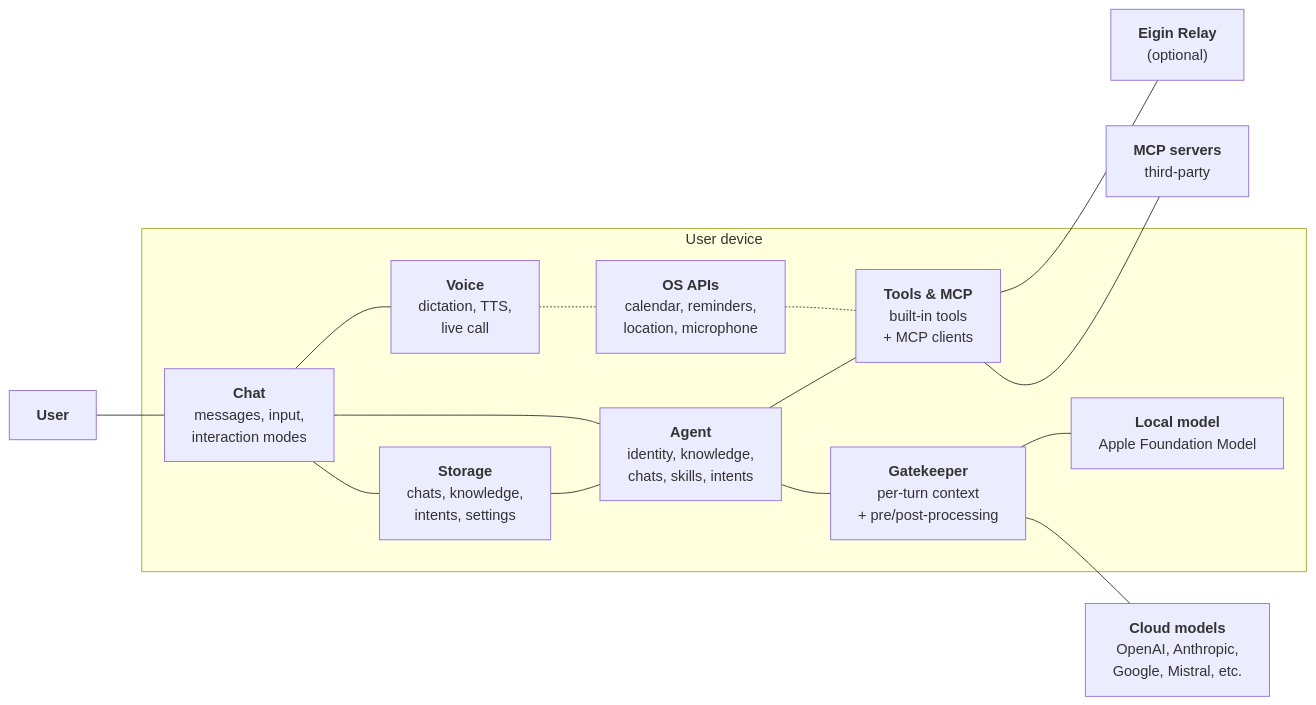
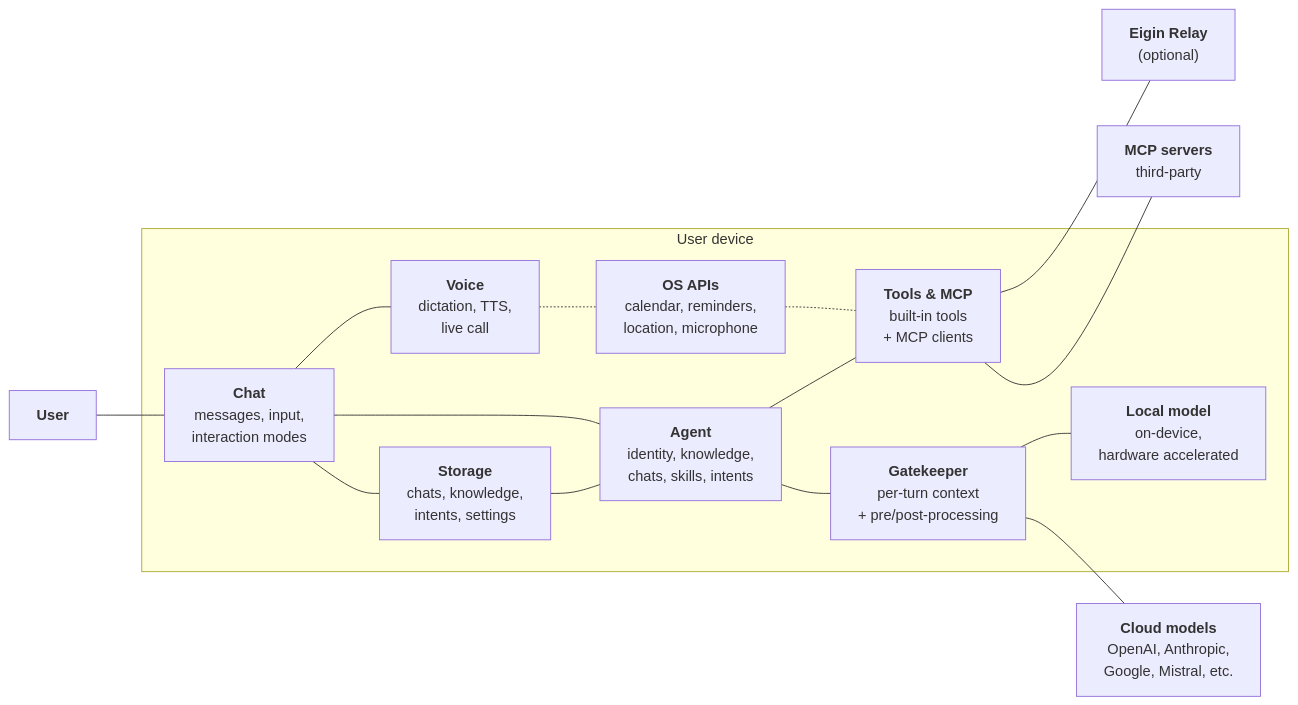
One commit to Eigin-AI/Eigin changed the diagram in docs/src/system-context.md. Above: the diagram before and after it, drawn with Mermaid. The commit also changed other lines of this file and 36 other files, not shown here.

````diff
--- a/docs/src/system-context.md
+++ b/docs/src/system-context.md
@@ -13,35 +7,35 @@
 ```mermaid
 flowchart LR
     User["<b>User</b>"]
 
     subgraph Device["User device"]
         Chat["<b>Chat</b><br/>messages, input,<br/>interaction modes"]
         Agent["<b>Agent</b><br/>identity, knowledge,<br/>chats, skills, intents"]
         Gatekeeper["<b>Gatekeeper</b><br/>per-turn context<br/>+ pre/post-processing"]
         Storage["<b>Storage</b><br/>chats, knowledge,<br/>intents, settings"]
         Voice["<b>Voice</b><br/>dictation, TTS,<br/>live call"]
         OS["<b>OS APIs</b><br/>calendar, reminders,<br/>location, microphone"]
         ToolsMCP["<b>Tools & MCP</b><br/>built-in tools<br/>+ MCP clients"]
-        LocalModel["<b>Local model</b><br/>Apple Foundation Model"]
+        LocalModel["<b>Local model</b><br/>on-device,<br/>hardware accelerated"]
     end
 
     CloudModel["<b>Cloud models</b><br/>OpenAI, Anthropic,<br/>Google, Mistral, etc."]
     Relay["<b>Eigin Relay</b><br/>(optional)"]
     MCPServers["<b>MCP servers</b><br/>third-party"]
 
     User --- Chat
     Chat --- Voice
     Chat --- Agent
     Chat --- Storage
     Voice -.- OS -.- ToolsMCP
     Storage --- Agent
     Agent --- ToolsMCP
     Agent --- Gatekeeper
     Gatekeeper --- LocalModel
     Gatekeeper --- CloudModel
     ToolsMCP --- Relay
     ToolsMCP --- MCPServers
 
     classDef eigin min-width:160px
     class Chat,Agent,Gatekeeper,Storage,Voice,ToolsMCP,LocalModel eigin
 ```
````
